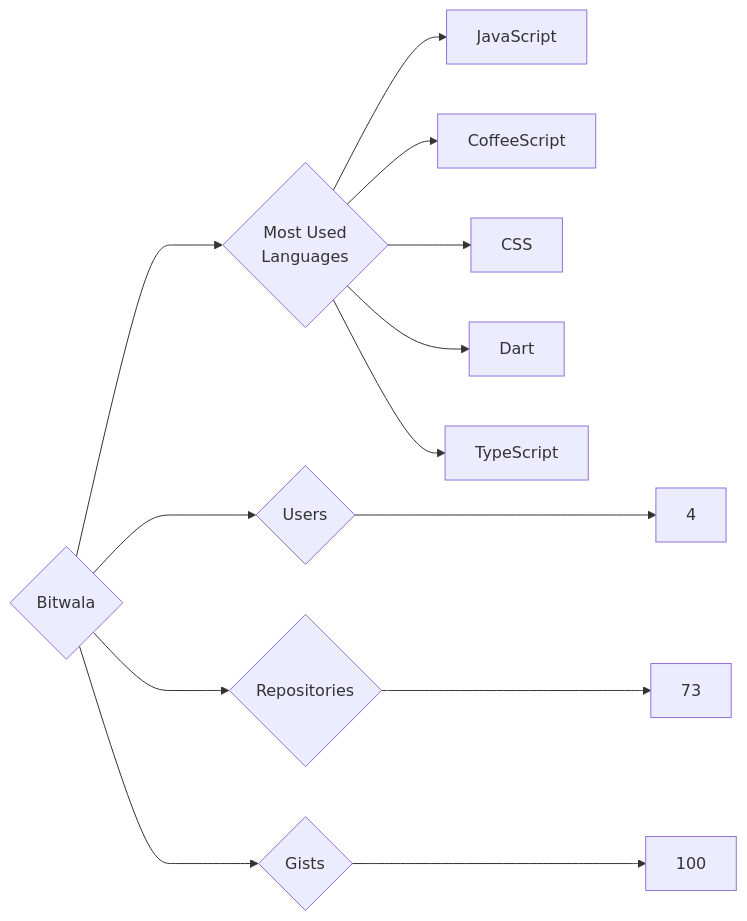
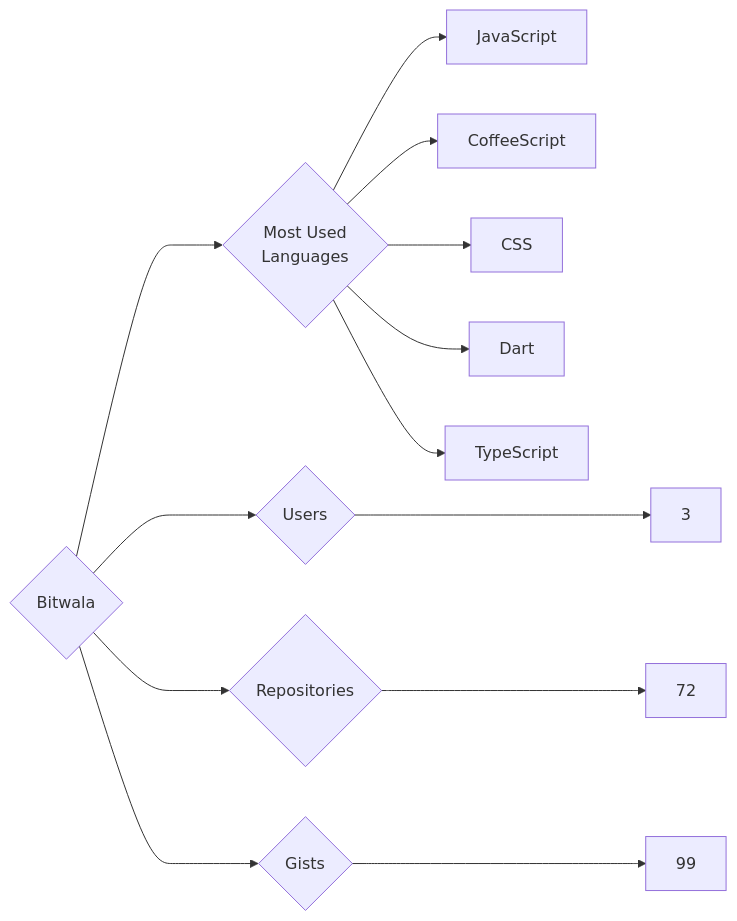
One commit to trickest/insiders changed the diagram in targets/Bitwala/README.md. Above: the diagram before and after it, drawn with Mermaid. The commit also changed 679 other files, not shown here.

````diff
--- a/targets/Bitwala/README.md
+++ b/targets/Bitwala/README.md
@@ -3,13 +3,13 @@
 ```mermaid
 graph LR
 COMPANY_NAME{Bitwala}
-COMPANY_NAME ---> U{Users} ---> UN[4]
-COMPANY_NAME ---> R{Repositories} ---> RN[73]
-COMPANY_NAME ---> G{Gists} ---> GN[100]
+COMPANY_NAME ---> U{Users} ---> UN[3]
+COMPANY_NAME ---> R{Repositories} ---> RN[72]
+COMPANY_NAME ---> G{Gists} ---> GN[99]
 COMPANY_NAME ---> ML{Most Used<br>Languages}
 ML --> JavaScript[JavaScript]
 ML --> CoffeeScript[CoffeeScript]
 ML --> CSS[CSS]
 ML --> Dart[Dart]
 ML --> TypeScript[TypeScript]
 ```
````
